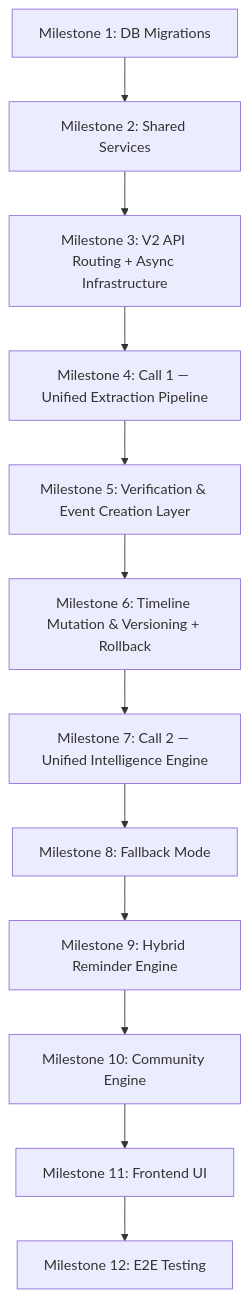
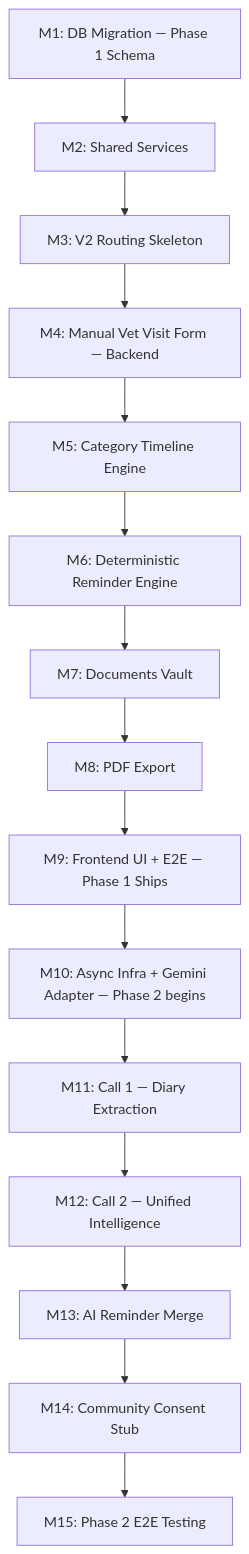
One commit to JannathBarveenR/blogreact changed the diagram in docs/appdocs/ai_timeline.docs/build_ai_timeline.md. Above: the diagram before and after it, drawn with Mermaid. The commit also changed other lines of this file and 2 other files, not shown here.

Commit message:
AI_timeline docs update

````diff
--- a/docs/appdocs/ai_timeline.docs/build_ai_timeline.md
+++ b/docs/appdocs/ai_timeline.docs/build_ai_timeline.md
@@ -31,14 +30,17 @@
 ```mermaid
 graph TD
-    M1[Milestone 1: DB Migrations] --> M2[Milestone 2: Shared Services]
-    M2 --> M3[Milestone 3: V2 API Routing + Async Infrastructure]
-    M3 --> M4[Milestone 4: Call 1 — Unified Extraction Pipeline]
-    M4 --> M5[Milestone 5: Verification & Event Creation Layer]
-    M5 --> M6[Milestone 6: Timeline Mutation & Versioning + Rollback]
-    M6 --> M7[Milestone 7: Call 2 — Unified Intelligence Engine]
-    M7 --> M8[Milestone 8: Fallback Mode]
-    M8 --> M9[Milestone 9: Hybrid Reminder Engine]
-    M9 --> M10[Milestone 10: Community Engine]
-    M10 --> M11[Milestone 11: Frontend UI]
-    M11 --> M12[Milestone 12: E2E Testing]
+    M1[M1: DB Migration — Phase 1 Schema] --> M2[M2: Shared Services]
+    M2 --> M3[M3: V2 Routing Skeleton]
+    M3 --> M4[M4: Manual Vet Visit Form — Backend]
+    M4 --> M5[M5: Category Timeline Engine]
+    M5 --> M6[M6: Deterministic Reminder Engine]
+    M6 --> M7[M7: Documents Vault]
+    M7 --> M8[M8: PDF Export]
+    M8 --> M9[M9: Frontend UI + E2E — Phase 1 Ships]
+    M9 --> M10[M10: Async Infra + Gemini Adapter — Phase 2 begins]
+    M10 --> M11[M11: Call 1 — Diary Extraction]
+    M11 --> M12[M12: Call 2 — Unified Intelligence]
+    M12 --> M13[M13: AI Reminder Merge]
+    M13 --> M14[M14: Community Consent Stub]
+    M14 --> M15[M15: Phase 2 E2E Testing]
 ```
````
